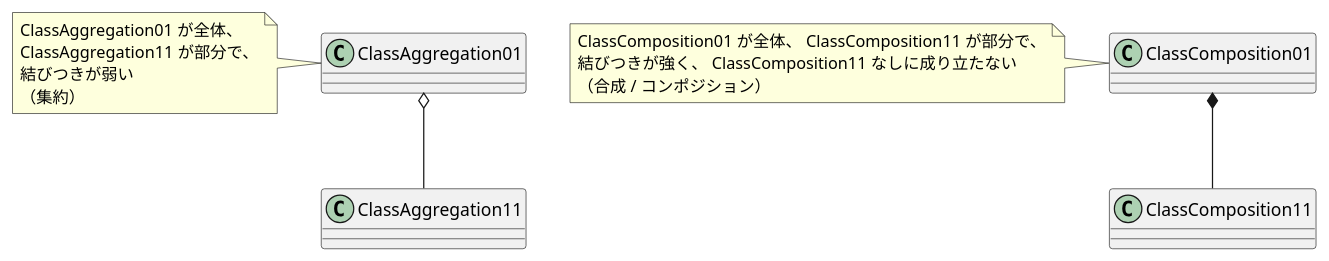
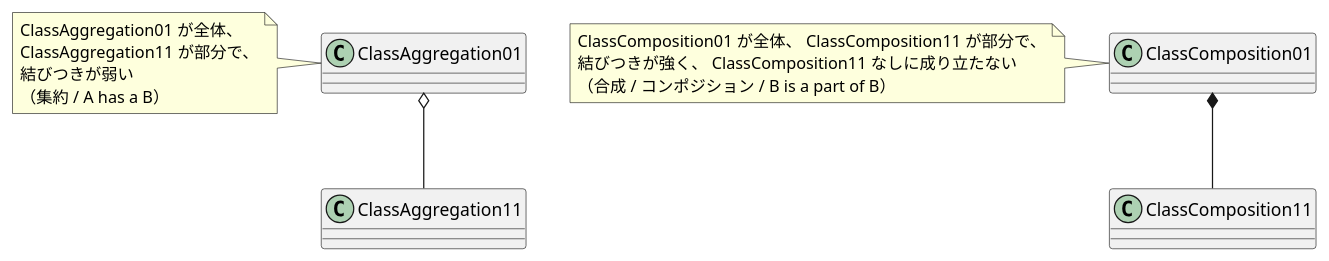
The fifth of 11 diagrams in src/14-000-クラス図.md (yzkn/PlantUML-CheatSheet), drawn with PlantUML before and after one commit. The commit also changed other lines of this file, not shown here.

````diff
--- a/src/14-000-クラス図.md
+++ b/src/14-000-クラス図.md
@@ -118,24 +118,24 @@
 ```plantuml
 
 @startuml
 
 ClassAggregation01 o-- ClassAggregation11
 
 note left of ClassAggregation01
     ClassAggregation01 が全体、
     ClassAggregation11 が部分で、
     結びつきが弱い
-    （集約）
+    （集約 / A has a B）
 end note
 
 ClassComposition01 *-- ClassComposition11
 
 note left of ClassComposition01
     ClassComposition01 が全体、 ClassComposition11 が部分で、
     結びつきが強く、 ClassComposition11 なしに成り立たない
-    （合成 / コンポジション）
+    （合成 / コンポジション / B is a part of B）
 end note
 
 @enduml
 
 ```
````
